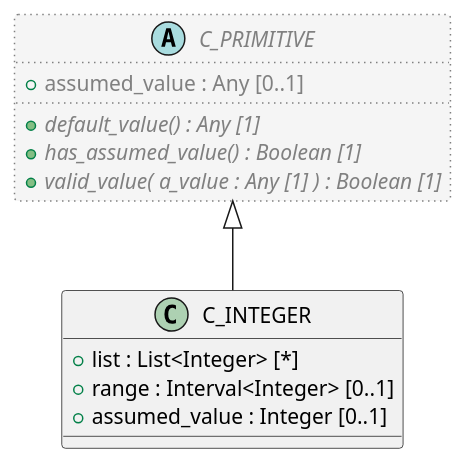
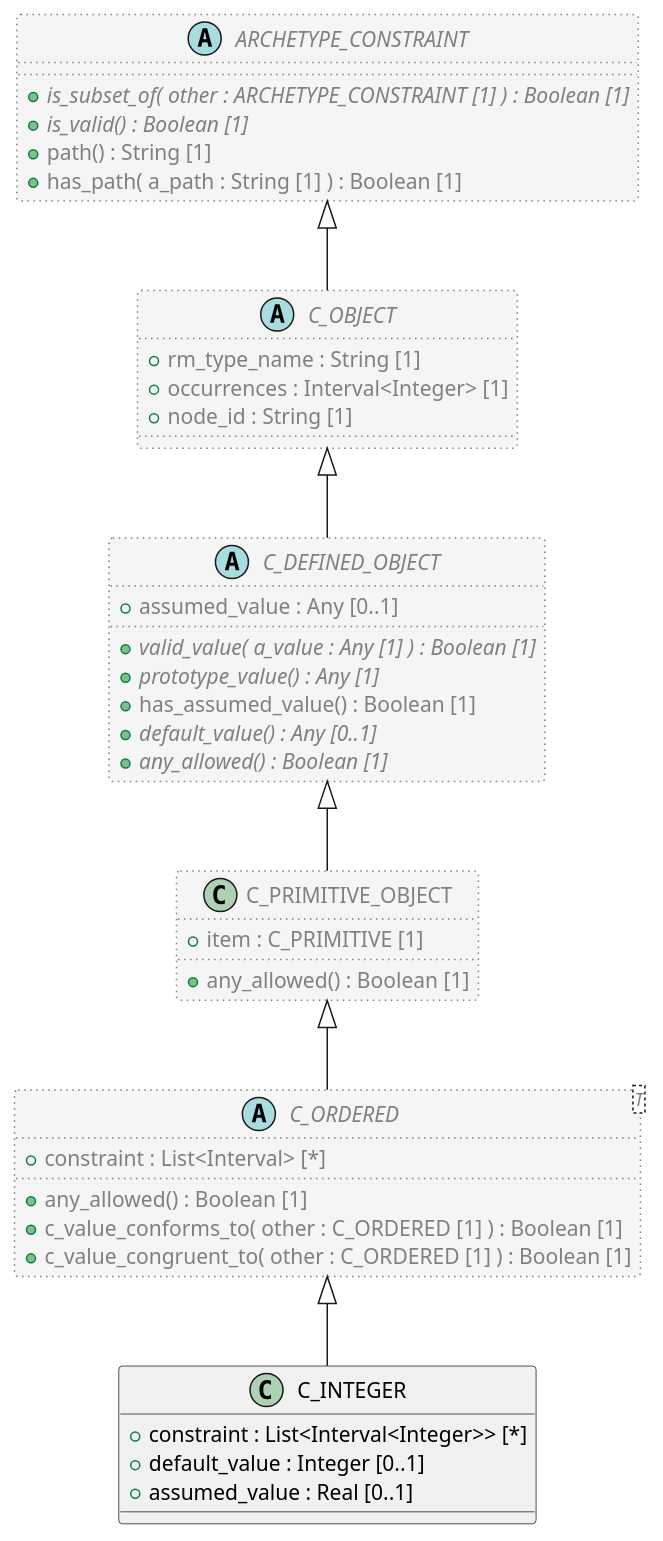
Before and after one commit to sebastian-iancu/code-generator: the diagram in code/Adoc/openehr_am_2.3.0/plantUML/classes/org.openehr.am.aom2.c_integer.adoc, drawn with PlantUML. The commit also changed 1228 other files, not shown here.

```diff
--- a/code/Adoc/openehr_am_2.3.0/plantUML/classes/org.openehr.am.aom2.c_integer.adoc
+++ b/code/Adoc/openehr_am_2.3.0/plantUML/classes/org.openehr.am.aom2.c_integer.adoc
@@ -1,22 +1,57 @@
 [plantuml,C_INTEGER,format=svg,svg-type="inline"]
 -----
 @startuml
 
 class C_INTEGER {
-  + list : List<Integer> [*]
-  + range : Interval<Integer> [0..1]
-  + assumed_value : Integer [0..1]
+  + constraint : List<Interval<Integer>> [*]
+  + default_value : Integer [0..1]
+  + assumed_value : Real [0..1]
 }
 
-abstract class C_PRIMITIVE  #whitesmoke;line:gray;line.dotted;text:gray {
-  + assumed_value : Any [0..1]
-  + {abstract} default_value() : Any [1]
-  + {abstract} has_assumed_value() : Boolean [1]
-  + {abstract} valid_value( a_value : Any [1] ) : Boolean [1]
+abstract class C_ORDERED <T>  #whitesmoke;line:gray;line.dotted;text:gray {
+  + constraint : List<Interval> [*]
+  + any_allowed() : Boolean [1]
+  + c_value_conforms_to( other : C_ORDERED [1] ) : Boolean [1]
+  + c_value_congruent_to( other : C_ORDERED [1] ) : Boolean [1]
 }
 
-C_PRIMITIVE <|-- C_INTEGER
+class C_PRIMITIVE_OBJECT  #whitesmoke;line:gray;line.dotted;text:gray {
+  + item : C_PRIMITIVE [1]
+  + any_allowed() : Boolean [1]
+}
+
+abstract class C_DEFINED_OBJECT  #whitesmoke;line:gray;line.dotted;text:gray {
+  + assumed_value : Any [0..1]
+  + {abstract} valid_value( a_value : Any [1] ) : Boolean [1]
+  + {abstract} prototype_value() : Any [1]
+  + has_assumed_value() : Boolean [1]
+  + {abstract} default_value() : Any [0..1]
+  + {abstract} any_allowed() : Boolean [1]
+}
+
+abstract class C_OBJECT  #whitesmoke;line:gray;line.dotted;text:gray {
+  + rm_type_name : String [1]
+  + occurrences : Interval<Integer> [1]
+  + node_id : String [1]
+}
+
+abstract class ARCHETYPE_CONSTRAINT  #whitesmoke;line:gray;line.dotted;text:gray {
+  + {abstract} is_subset_of( other : ARCHETYPE_CONSTRAINT [1] ) : Boolean [1]
+  + {abstract} is_valid() : Boolean [1]
+  + path() : String [1]
+  + has_path( a_path : String [1] ) : Boolean [1]
+}
+
+ARCHETYPE_CONSTRAINT <|-- C_OBJECT
+
+C_OBJECT <|-- C_DEFINED_OBJECT
+
+C_DEFINED_OBJECT <|-- C_PRIMITIVE_OBJECT
+
+C_PRIMITIVE_OBJECT <|-- C_ORDERED
+
+C_ORDERED <|-- C_INTEGER
 
 
 @enduml
 -----
```
